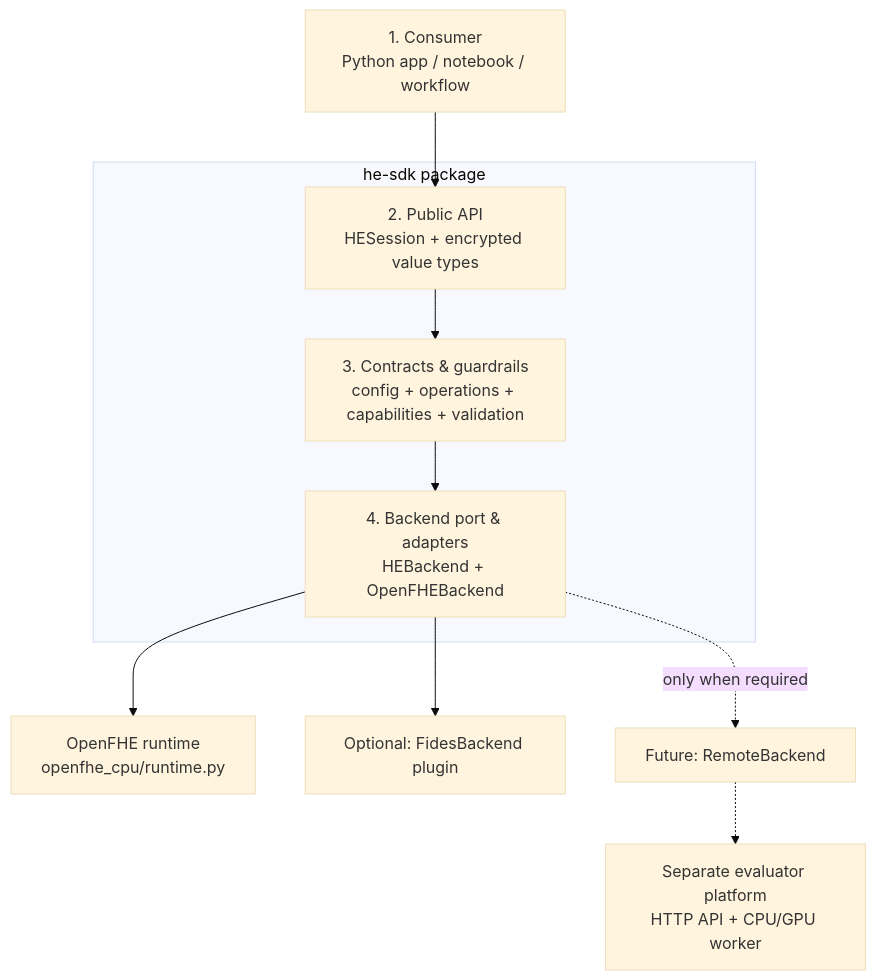
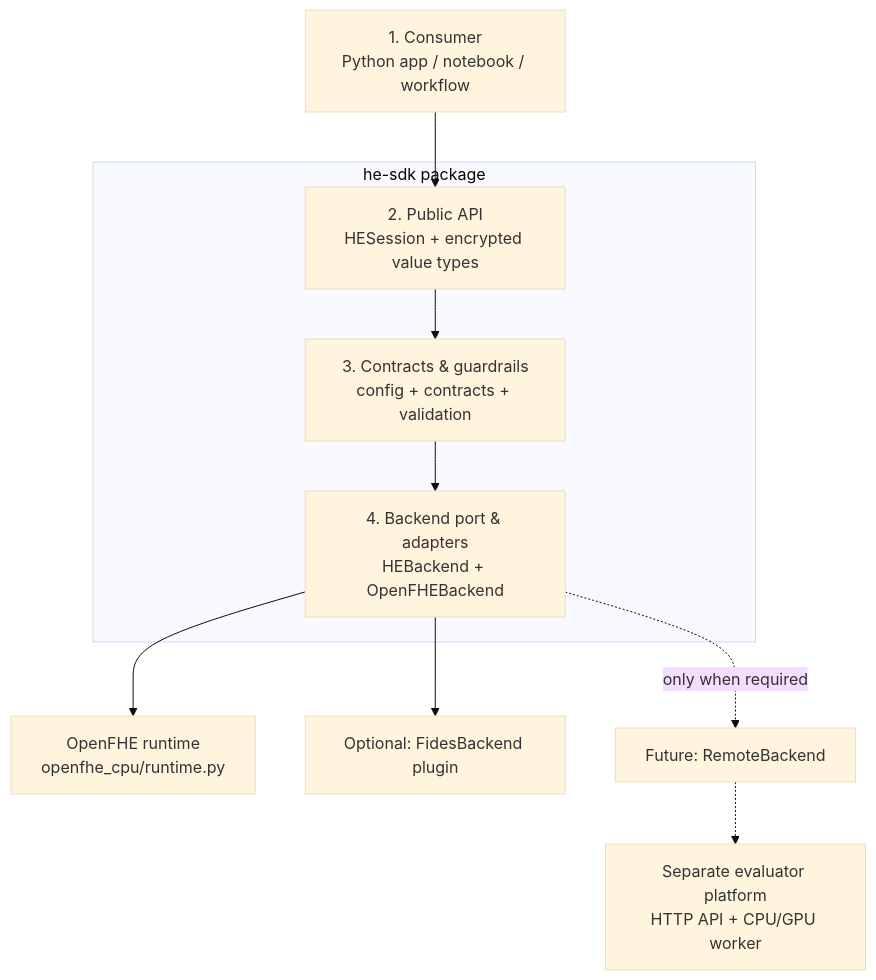
Before and after one commit to Nhatcao1/k3s-demo-app: the first of 2 diagrams in docs/he-sdk-architecture.md, drawn with Mermaid (base theme). The commit also changed other lines of this file and 9 other files, not shown here.

````diff
--- a/docs/he-sdk-architecture.md
+++ b/docs/he-sdk-architecture.md
@@ -9,20 +9,20 @@
 ```mermaid
 flowchart TD
     APP["1. Consumer<br/>Python app / notebook / workflow"]
 
     subgraph SDK["he-sdk package"]
         API["2. Public API<br/>HESession + encrypted value types"]
-        CORE["3. Contracts & guardrails<br/>config + operations + capabilities + validation"]
+        CORE["3. Contracts & guardrails<br/>config + contracts + validation"]
         PORT["4. Backend port & adapters<br/>HEBackend + OpenFHEBackend"]
     end
 
     OFHE["OpenFHE runtime<br/>openfhe_cpu/runtime.py"]
     FIDES["Optional: FidesBackend plugin"]
     REMOTE["Future: RemoteBackend"]
     SERVICE["Separate evaluator platform<br/>HTTP API + CPU/GPU worker"]
 
     APP --> API --> CORE --> PORT --> OFHE
     PORT --> FIDES
     PORT -.->|"only when required"| REMOTE
     REMOTE -.-> SERVICE
 ```
````
